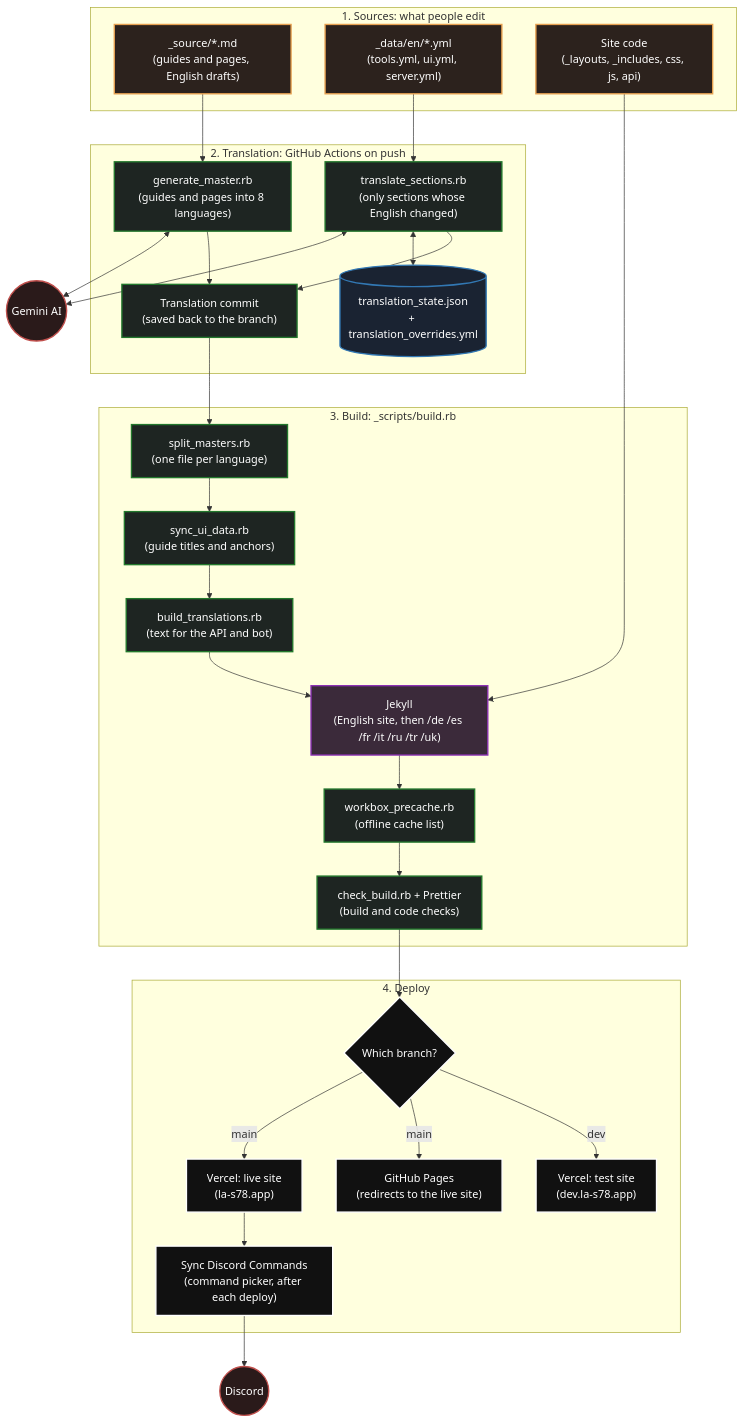
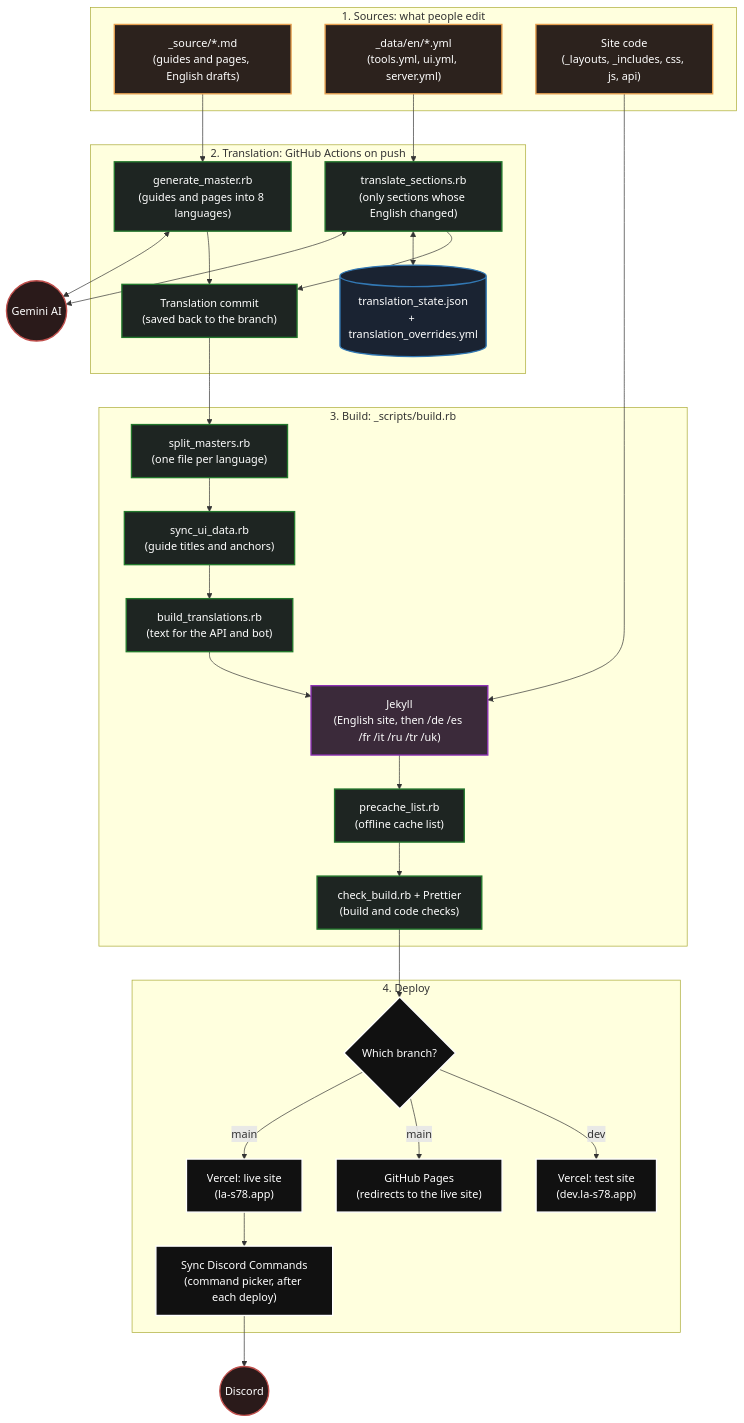
Before and after one commit to LA-S78/la-s78.github.io: the first of 2 diagrams in test/architecture.md, drawn with Mermaid. The commit also changed 7 other files, not shown here.

```diff
--- a/test/architecture.md
+++ b/test/architecture.md
@@ -13,74 +13,74 @@
   <pre class="mermaid">
     flowchart TD
     %% ===========================================================
     %% 1. What people edit
     %% ===========================================================
     subgraph Sources [1. Sources: what people edit]
         S1[" _source/*.md<br>(guides and pages, English drafts) "]
         S2[" _data/en/*.yml<br>(tools.yml, ui.yml, server.yml) "]
         S3[" Site code<br>(_layouts, _includes, css, js, api) "]
     end
 
     %% ===========================================================
     %% 2. Translation (GitHub Actions, on every push)
     %% ===========================================================
     subgraph Translate [2. Translation: GitHub Actions on push]
         T1[" generate_master.rb<br>(guides and pages into 8 languages) "]
         T2[" translate_sections.rb<br>(only sections whose English changed) "]
         T3[(" translation_state.json<br>+ translation_overrides.yml ")]
         T4[" Translation commit<br>(saved back to the branch) "]
     end
 
     %% ===========================================================
     %% 3. Build (_scripts/build.rb)
     %% ===========================================================
     subgraph Build [3. Build: _scripts/build.rb]
         B1[" split_masters.rb<br>(one file per language) "]
         B2[" sync_ui_data.rb<br>(guide titles and anchors) "]
         B3[" build_translations.rb<br>(text for the API and bot) "]
         B4[" Jekyll<br>(English site, then /de /es /fr /it /ru /tr /uk) "]
-        B5[" workbox_precache.rb<br>(offline cache list) "]
+        B5[" precache_list.rb<br>(offline cache list) "]
         B6[" check_build.rb + Prettier<br>(build and code checks) "]
     end
 
     %% ===========================================================
     %% 4. Deploy
     %% ===========================================================
     subgraph Deploy [4. Deploy]
         D1{" Which branch? "}
         D2[" Vercel: live site<br>(la-s78.app) "]
         D3[" Vercel: test site<br>(dev.la-s78.app) "]
         D4[" GitHub Pages<br>(redirects to the live site) "]
         D5[" Sync Discord Commands<br>(command picker, after each deploy) "]
     end
 
     G((" Gemini AI "))
     DC((" Discord "))
 
     S1 --> T1
     S2 --> T2
     T1 <--> G
     T2 <--> G
     T2 <--> T3
     T1 & T2 --> T4
     T4 --> B1 --> B2 --> B3 --> B4 --> B5 --> B6
     S3 --> B4
     B6 --> D1
     D1 -- main --> D2 & D4
     D1 -- dev --> D3
     D2 --> D5 --> DC
 
     classDef source fill:#2c221d,stroke:#e6a050,stroke-width:2px,color:#fff;
     classDef script fill:#1e2522,stroke:#23782d,stroke-width:2px,color:#fff;
     classDef jekyll fill:#3b2a3a,stroke:#8c32b4,stroke-width:2px,color:#fff;
     classDef asset fill:#1a2332,stroke:#3278b4,stroke-width:2px,color:#fff;
     classDef deploy fill:#111,stroke:#fff,stroke-width:2px,color:#fff;
     classDef outside fill:#2a1a1a,stroke:#c0504d,stroke-width:2px,color:#fff;
 
     class S1,S2,S3 source;
     class T1,T2,T4,B1,B2,B3,B5,B6 script;
     class T3 asset;
     class B4 jekyll;
     class D1,D2,D3,D4,D5 deploy;
     class G,DC outside;
   </pre>
```
